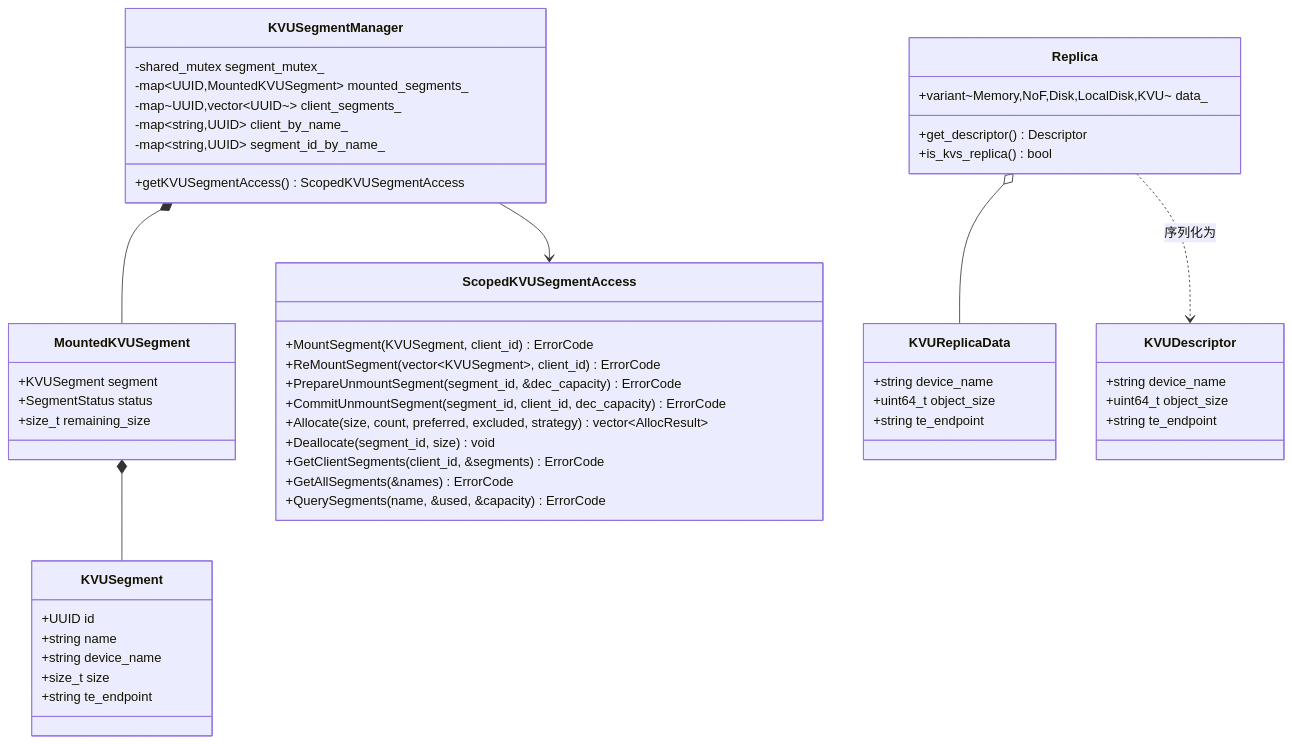
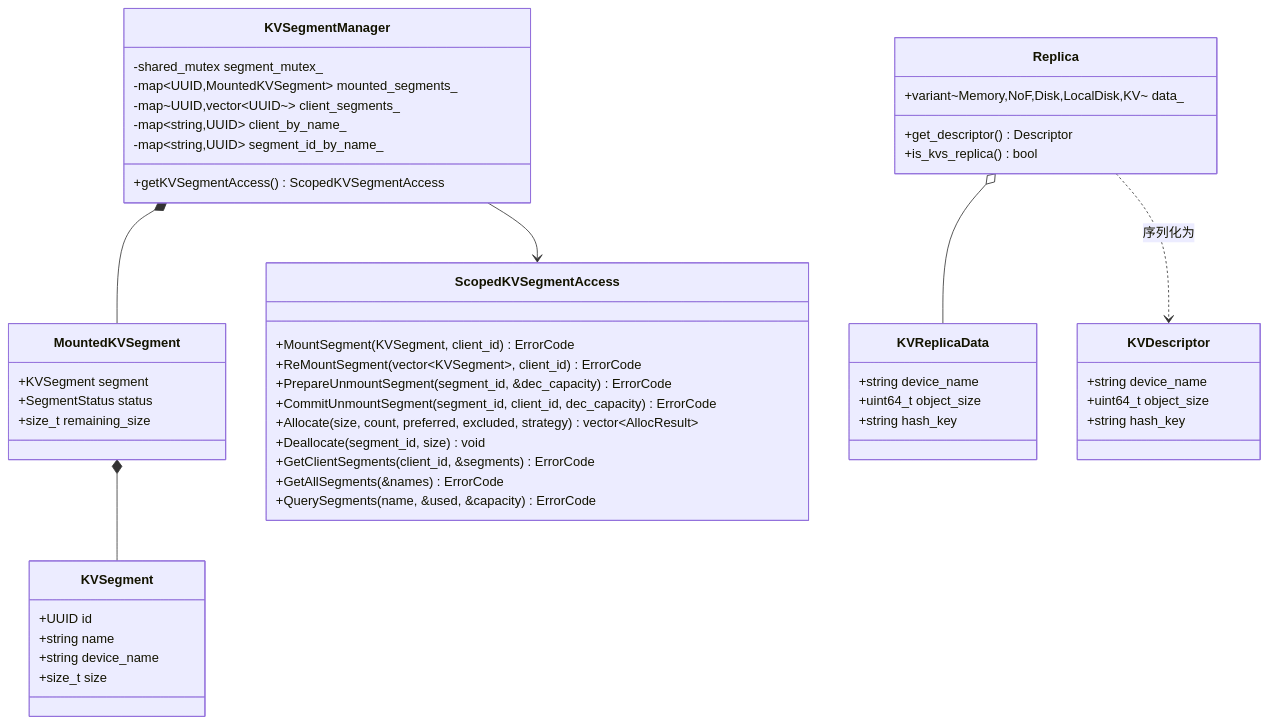
Before and after one commit to yz53665/Mooncake: the second of 10 diagrams in mooncake-store/docs/KVUSegment_design.md, drawn with Mermaid. The commit also changed other lines of this file, not shown here.

````diff
--- a/mooncake-store/docs/KVUSegment_design.md
+++ b/mooncake-store/docs/KVUSegment_design.md
@@ -70,63 +70,62 @@
 ```mermaid
 classDiagram
     direction TB
 
-    class KVUSegment {
+    class KVSegment {
         +UUID id
         +string name
         +string device_name
         +size_t size
-        +string te_endpoint
     }
 
-    class MountedKVUSegment {
-        +KVUSegment segment
+    class MountedKVSegment {
+        +KVSegment segment
         +SegmentStatus status
         +size_t remaining_size
     }
 
-    class KVUSegmentManager {
+    class KVSegmentManager {
         -shared_mutex segment_mutex_
-        -map~UUID,MountedKVUSegment~ mounted_segments_
+        -map~UUID,MountedKVSegment~ mounted_segments_
         -map~UUID,vector~UUID~~ client_segments_
         -map~string,UUID~ client_by_name_
         -map~string,UUID~ segment_id_by_name_
-        +getKVUSegmentAccess() ScopedKVUSegmentAccess
+        +getKVSegmentAccess() ScopedKVSegmentAccess
     }
 
-    class ScopedKVUSegmentAccess {
-        +MountSegment(KVUSegment, client_id) ErrorCode
-        +ReMountSegment(vector~KVUSegment~, client_id) ErrorCode
+    class ScopedKVSegmentAccess {
+        +MountSegment(KVSegment, client_id) ErrorCode
+        +ReMountSegment(vector~KVSegment~, client_id) ErrorCode
         +PrepareUnmountSegment(segment_id, &dec_capacity) ErrorCode
         +CommitUnmountSegment(segment_id, client_id, dec_capacity) ErrorCode
         +Allocate(size, count, preferred, excluded, strategy) vector~AllocResult~
         +Deallocate(segment_id, size) void
         +GetClientSegments(client_id, &segments) ErrorCode
         +GetAllSegments(&names) ErrorCode
         +QuerySegments(name, &used, &capacity) ErrorCode
     }
 
-    class KVUReplicaData {
+    class KVReplicaData {
         +string device_name
         +uint64_t object_size
-        +string te_endpoint
+        +string hash_key
     }
 
-    class KVUDescriptor {
+    class KVDescriptor {
         +string device_name
         +uint64_t object_size
-        +string te_endpoint
+        +string hash_key
     }
 
     class Replica {
-        +variant~Memory,NoF,Disk,LocalDisk,KVU~ data_
+        +variant~Memory,NoF,Disk,LocalDisk,KV~ data_
         +get_descriptor() Descriptor
         +is_kvs_replica() bool
     }
 
-    KVUSegmentManager *-- MountedKVUSegment
-    MountedKVUSegment *-- KVUSegment
-    KVUSegmentManager --> ScopedKVUSegmentAccess
-    Replica o-- KVUReplicaData
-    Replica ..> KVUDescriptor : 序列化为
+    KVSegmentManager *-- MountedKVSegment
+    MountedKVSegment *-- KVSegment
+    KVSegmentManager --> ScopedKVSegmentAccess
+    Replica o-- KVReplicaData
+    Replica ..> KVDescriptor : 序列化为
 ```
````
